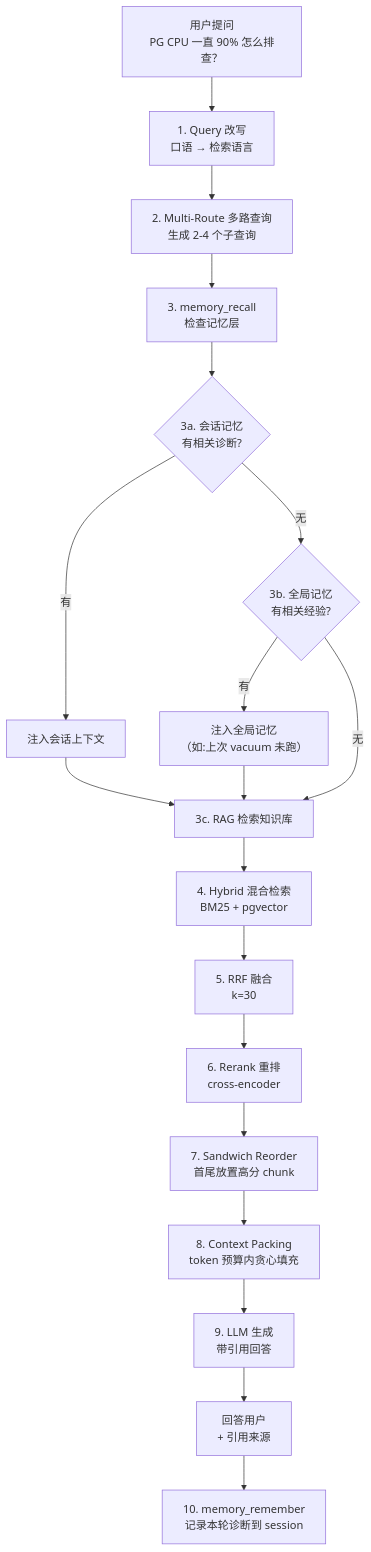
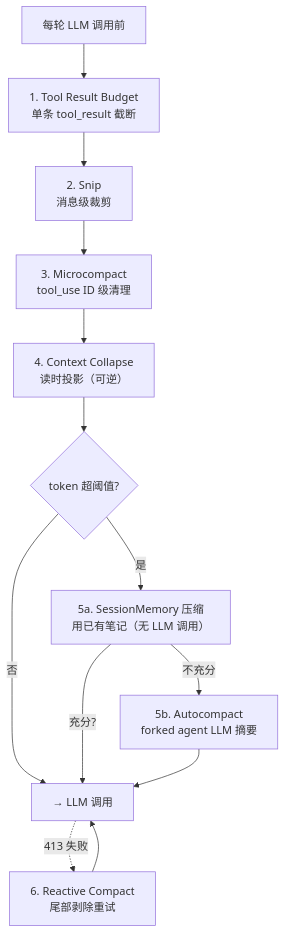
Before and after one commit to int2t05/Cognik: the fourth of 6 diagrams in docs/DESIGN.md, drawn with Mermaid. The commit also changed other lines of this file and 9 other files, not shown here.

````diff
--- a/docs/DESIGN.md
+++ b/docs/DESIGN.md
@@ -314,21 +284,15 @@
 ```mermaid
 flowchart TD
-    U["用户提问<br/>PG CPU 一直 90% 怎么排查？"] --> QR["1. Query 改写<br/>口语 → 检索语言"]
-    QR --> MR["2. Multi-Route 多路查询<br/>生成 2-4 个子查询"]
-    MR --> RECALL["3. memory_recall<br/>检查记忆层"]
-    RECALL --> SES{"3a. 会话记忆<br/>有相关诊断?"}
-    SES -->|"有"| INJECT_SES["注入会话上下文"]
-    SES -->|"无"| GLO{"3b. 全局记忆<br/>有相关经验?"}
-    GLO -->|"有"| INJECT_GLO["注入全局记忆<br/>（如:上次 vacuum 未跑）"]
-    GLO -->|"无"| KB["3c. RAG 检索知识库"]
-    INJECT_SES --> KB
-    INJECT_GLO --> KB
-    KB --> HYBRID["4. Hybrid 混合检索<br/>BM25 + pgvector"]
-    HYBRID --> RRF["5. RRF 融合<br/>k=30"]
-    RRF --> RERANK["6. Rerank 重排<br/>cross-encoder"]
-    RERANK --> REORDER["7. Sandwich Reorder<br/>首尾放置高分 chunk"]
-    REORDER --> PACK["8. Context Packing<br/>token 预算内贪心填充"]
-    PACK --> LLM["9. LLM 生成<br/>带引用回答"]
-    LLM --> ANS["回答用户<br/>+ 引用来源"]
-    ANS --> REMEMBER["10. memory_remember<br/>记录本轮诊断到 session"]
+    T["每轮 LLM 调用前"] --> S1["1. Tool Result Budget<br/>单条 tool_result 截断"]
+    S1 --> S2["2. Snip<br/>消息级裁剪"]
+    S2 --> S3["3. Microcompact<br/>tool_use ID 级清理"]
+    S3 --> S4["4. Context Collapse<br/>读时投影（可逆）"]
+    S4 --> S5{"token 超阈值?"}
+    S5 -->|"否"| LLM["→ LLM 调用"]
+    S5 -->|"是"| S5A["5a. SessionMemory 压缩<br/>用已有笔记（无 LLM 调用）"]
+    S5A -->|"充分?"| LLM
+    S5A -->|"不充分"| S5B["5b. Autocompact<br/>forked agent LLM 摘要"]
+    S5B --> LLM
+    LLM -.->|"413 失败"| RC["6. Reactive Compact<br/>尾部剥除重试"]
+    RC --> LLM
 ```
````
